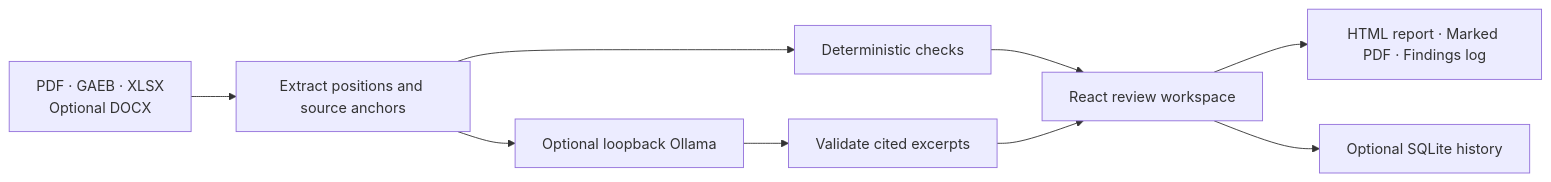
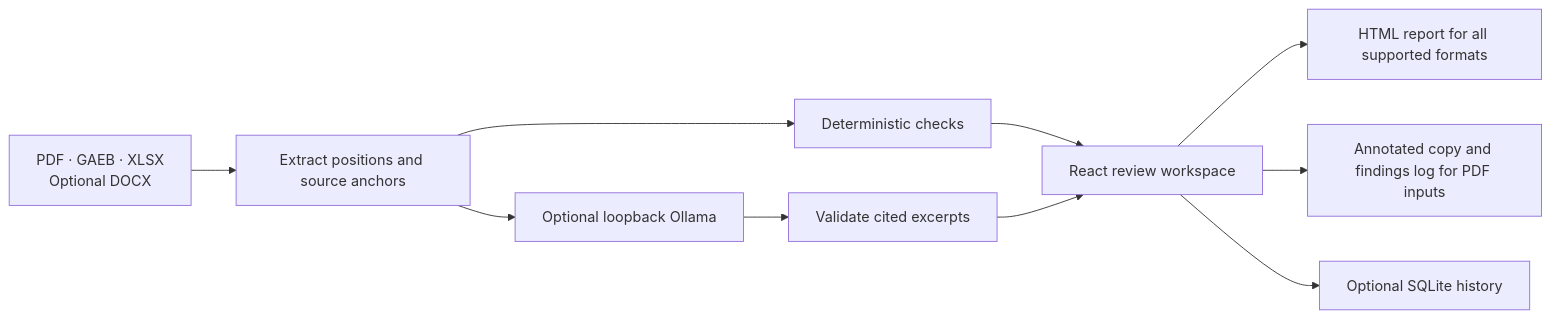
One commit to CrashPine/TUM.AI-Construction-Hackathon changed the diagram in README.md. Above: the diagram before and after it, drawn with Mermaid. The commit also changed other lines of this file and 1 other file, not shown here.

````diff
--- a/README.md
+++ b/README.md
@@ -78,10 +78,11 @@
 ```mermaid
 flowchart LR
     A["PDF · GAEB · XLSX<br/>Optional DOCX"] --> B["Extract positions and source anchors"]
     B --> C["Deterministic checks"]
     B --> D["Optional loopback Ollama"]
     C --> E["React review workspace"]
     D --> F["Validate cited excerpts"] --> E
-    E --> G["HTML report · Marked PDF · Findings log"]
+    E --> G["HTML report for all supported formats"]
+    E --> I["Annotated copy and findings log for PDF inputs"]
     E --> H["Optional SQLite history"]
 ```
````
